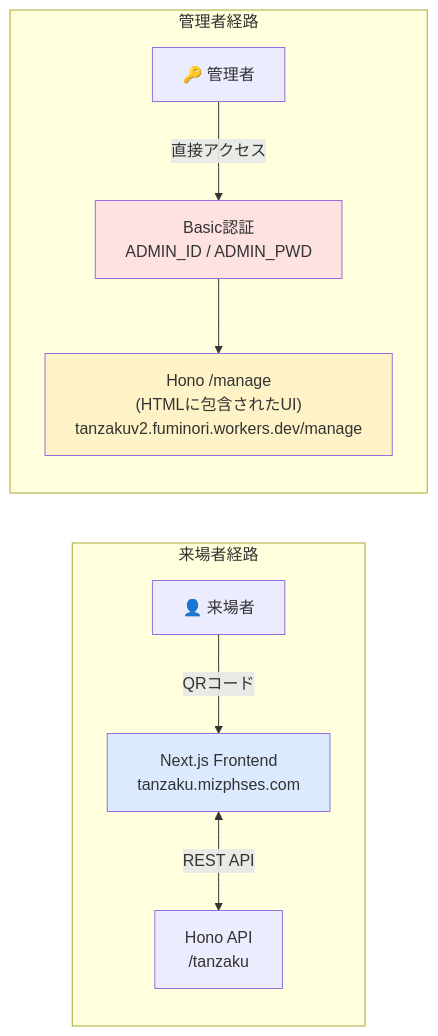
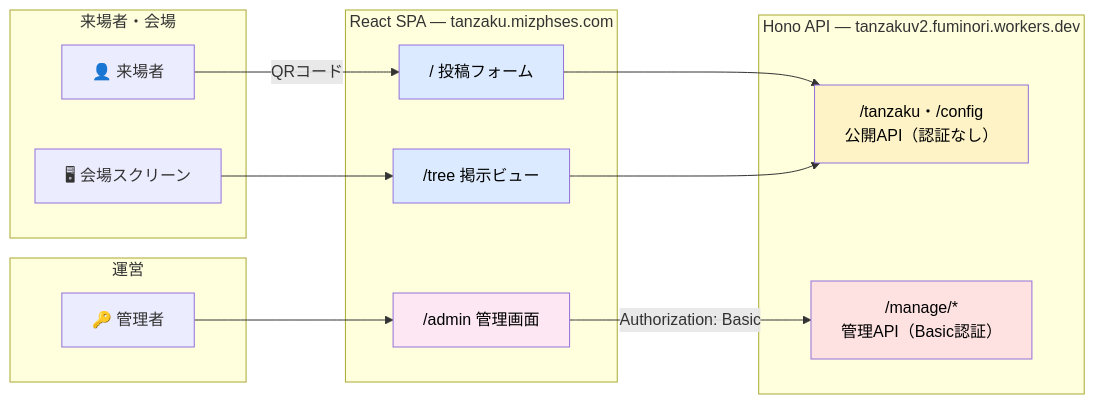
Before and after one commit to itl-marubu/tanzakuv2: the first of 9 diagrams in docs/system-overview.md, drawn with Mermaid. The commit also changed other lines of this file and 2 other files, not shown here.

````diff
--- a/docs/system-overview.md
+++ b/docs/system-overview.md
@@ -25,24 +36,36 @@
 ```mermaid
 graph LR
-    subgraph visitors["来場者経路"]
+    subgraph visitors["来場者・会場"]
         U["👤 来場者"]
-        FE["Next.js Frontend\ntanzaku.mizphses.com"]
-        API_TZ["Hono API\n/tanzaku"]
+        SCR["🖥 会場スクリーン"]
     end
 
-    subgraph admins["管理者経路"]
+    subgraph admins["運営"]
         ADM["🔑 管理者"]
-        MANAGE["Hono /manage\n(HTMLに包含されたUI)\ntanzakuv2.fuminori.workers.dev/manage"]
-        BASIC["Basic認証\nADMIN_ID / ADMIN_PWD"]
     end
 
-    U -->|"QRコード"| FE
-    FE <-->|"REST API"| API_TZ
+    subgraph FE["React SPA — tanzaku.mizphses.com"]
+        P_POST["/ 投稿フォーム"]
+        P_TREE["/tree 掲示ビュー"]
+        P_ADMIN["/admin 管理画面"]
+    end
 
-    ADM -->|"直接アクセス"| BASIC
-    BASIC --> MANAGE
+    subgraph BE["Hono API — tanzakuv2.fuminori.workers.dev"]
+        API_PUB["/tanzaku・/config<br/>公開API（認証なし）"]
+        API_MNG["/manage/*<br/>管理API（Basic認証）"]
+    end
 
-    style FE fill:#dbeafe
-    style MANAGE fill:#fef3c7
-    style BASIC fill:#fee2e2
+    U -->|"QRコード"| P_POST
+    SCR --> P_TREE
+    ADM --> P_ADMIN
+
+    P_POST --> API_PUB
+    P_TREE --> API_PUB
+    P_ADMIN -->|"Authorization: Basic"| API_MNG
+
+    style P_POST fill:#dbeafe,color:#000
+    style P_TREE fill:#dbeafe,color:#000
+    style P_ADMIN fill:#fce7f3,color:#000
+    style API_PUB fill:#fef3c7,color:#000
+    style API_MNG fill:#fee2e2,color:#000
 ```
````
